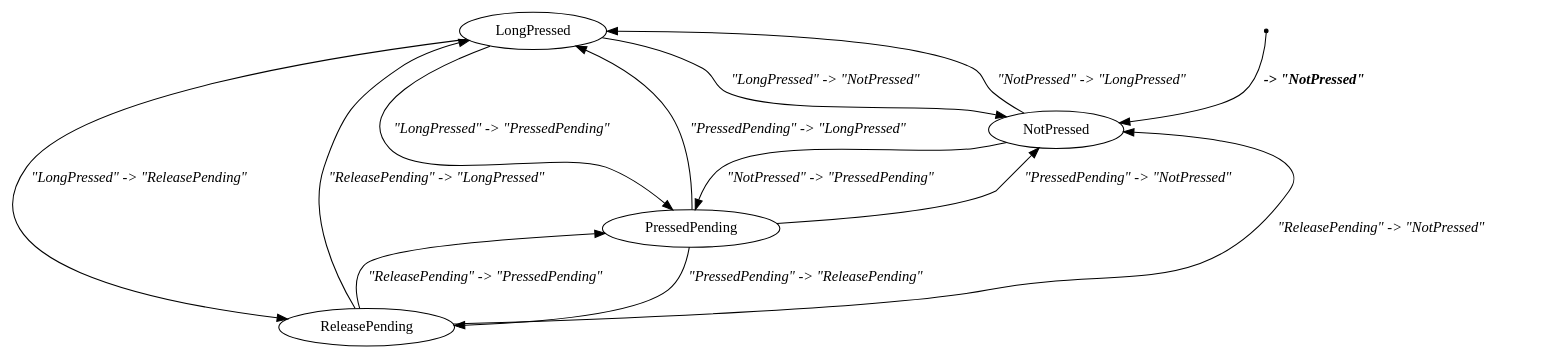
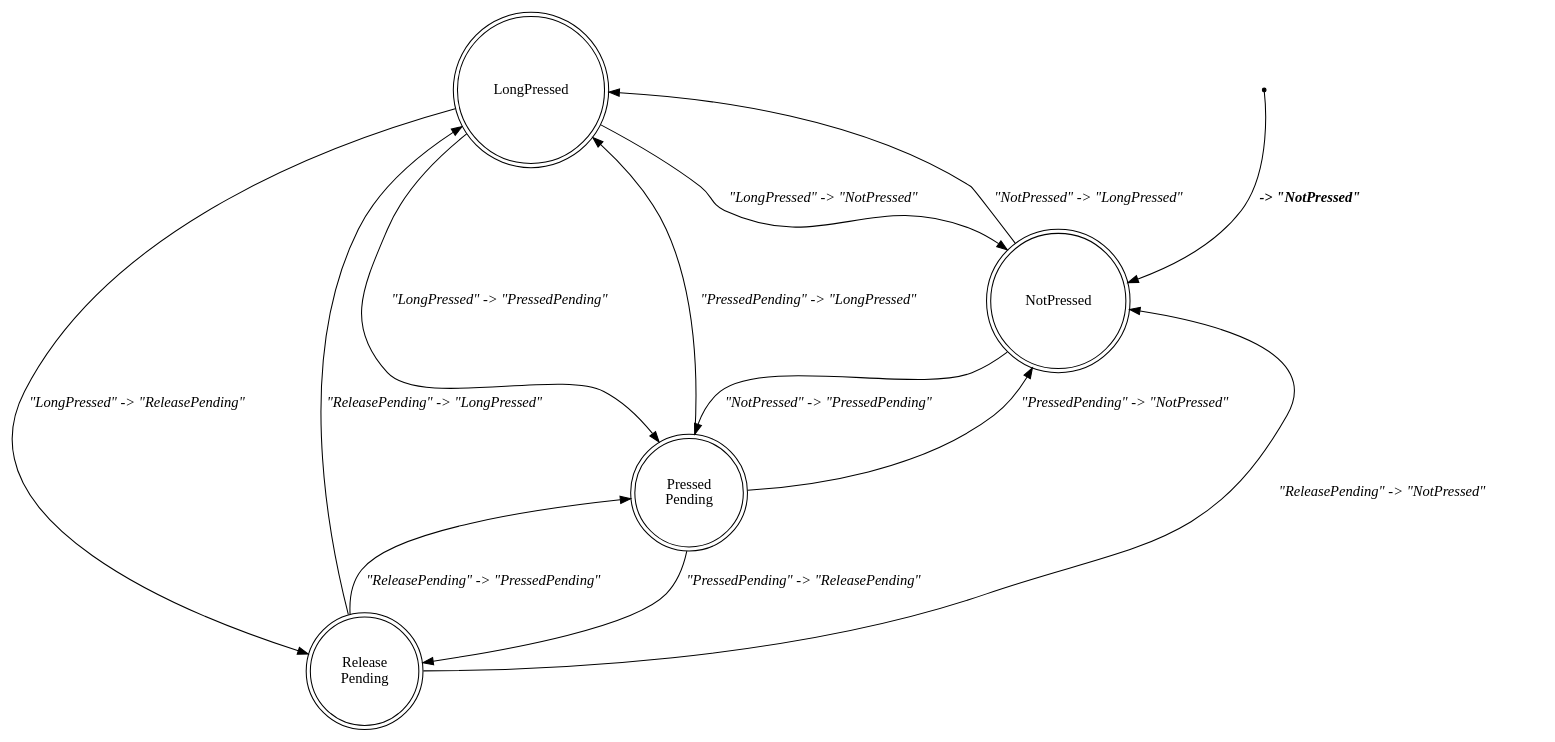
One commit to kieranjwhite/calendar_mirror changed the diagram in docs/long_press_button_stm.dot. Above: the diagram before and after it, drawn with Graphviz. The commit also changed 5 other files, not shown here.

```diff
--- a/docs/long_press_button_stm.dot
+++ b/docs/long_press_button_stm.dot
@@ -1,19 +1,19 @@
-digraph long_press_button_stm {
-    LongPressed[label="LongPressed"][shape="ellipse"];
-    NotPressed[label="NotPressed"][shape="ellipse"];
-    PressedPending[label="PressedPending"][shape="ellipse"];
-    ReleasePending[label="ReleasePending"][shape="ellipse"];
+digraph button_stm {
+    LongPressed[label="LongPressed"][shape="doublecircle"];
+    NotPressed[label="NotPressed"][shape="doublecircle"];
+    PressedPending[label="Pressed\nPending"][shape="doublecircle"];
+    ReleasePending[label="Release\nPending"][shape="doublecircle"];
     _start[label="_start"][shape="point"];
     _start -> NotPressed[label=<<TABLE BORDER="0"><TR><TD><B><I> -&gt; "NotPressed"</I></B></TD></TR></TABLE>>];
     ReleasePending -> NotPressed[label=<<TABLE BORDER="0"><TR><TD><I>"ReleasePending" -&gt; "NotPressed"</I></TD></TR></TABLE>>];
     PressedPending -> NotPressed[label=<<TABLE BORDER="0"><TR><TD><I>"PressedPending" -&gt; "NotPressed"</I></TD></TR></TABLE>>];
     LongPressed -> NotPressed[label=<<TABLE BORDER="0"><TR><TD><I>"LongPressed" -&gt; "NotPressed"</I></TD></TR></TABLE>>];
     PressedPending -> ReleasePending[label=<<TABLE BORDER="0"><TR><TD><I>"PressedPending" -&gt; "ReleasePending"</I></TD></TR></TABLE>>];
     LongPressed -> ReleasePending[label=<<TABLE BORDER="0"><TR><TD><I>"LongPressed" -&gt; "ReleasePending"</I></TD></TR></TABLE>>];
     NotPressed -> PressedPending[label=<<TABLE BORDER="0"><TR><TD><I>"NotPressed" -&gt; "PressedPending"</I></TD></TR></TABLE>>];
     ReleasePending -> PressedPending[label=<<TABLE BORDER="0"><TR><TD><I>"ReleasePending" -&gt; "PressedPending"</I></TD></TR></TABLE>>];
     LongPressed -> PressedPending[label=<<TABLE BORDER="0"><TR><TD><I>"LongPressed" -&gt; "PressedPending"</I></TD></TR></TABLE>>];
     NotPressed -> LongPressed[label=<<TABLE BORDER="0"><TR><TD><I>"NotPressed" -&gt; "LongPressed"</I></TD></TR></TABLE>>];
     ReleasePending -> LongPressed[label=<<TABLE BORDER="0"><TR><TD><I>"ReleasePending" -&gt; "LongPressed"</I></TD></TR></TABLE>>];
     PressedPending -> LongPressed[label=<<TABLE BORDER="0"><TR><TD><I>"PressedPending" -&gt; "LongPressed"</I></TD></TR></TABLE>>];
 }
```
